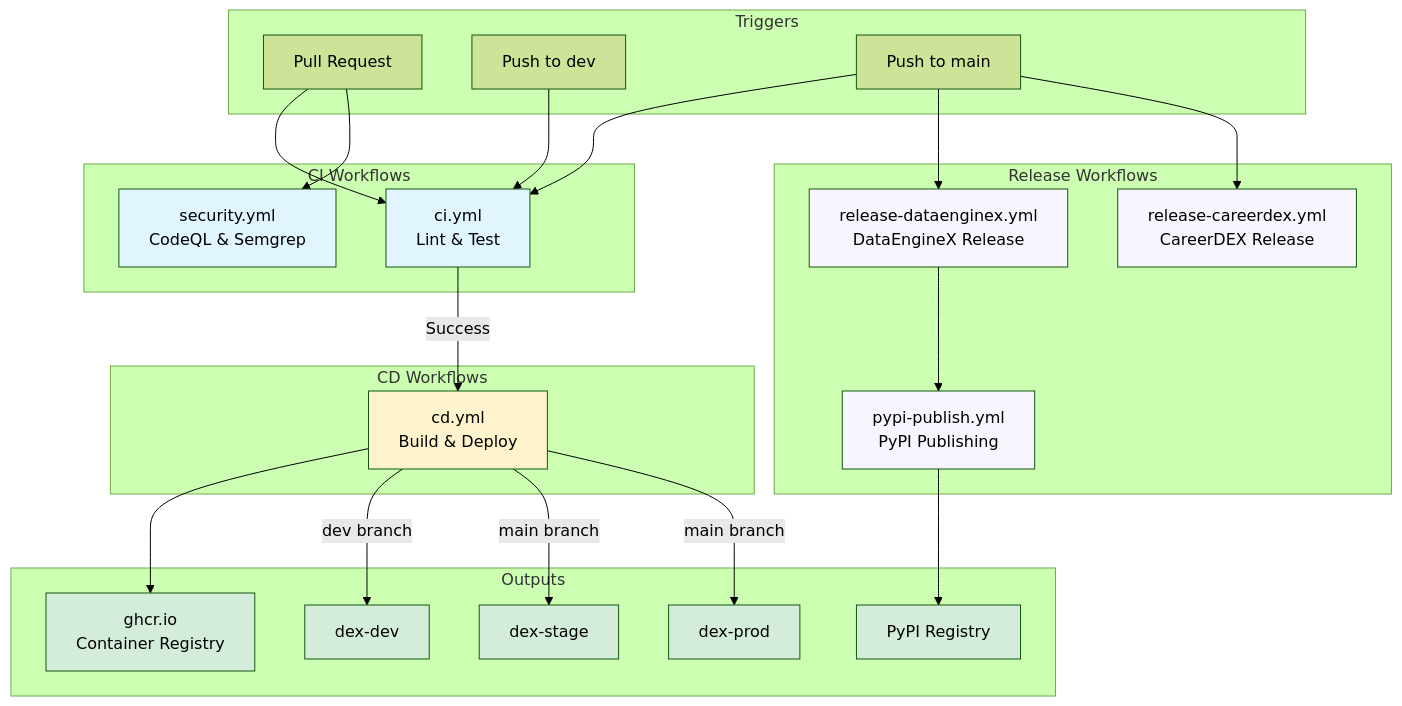
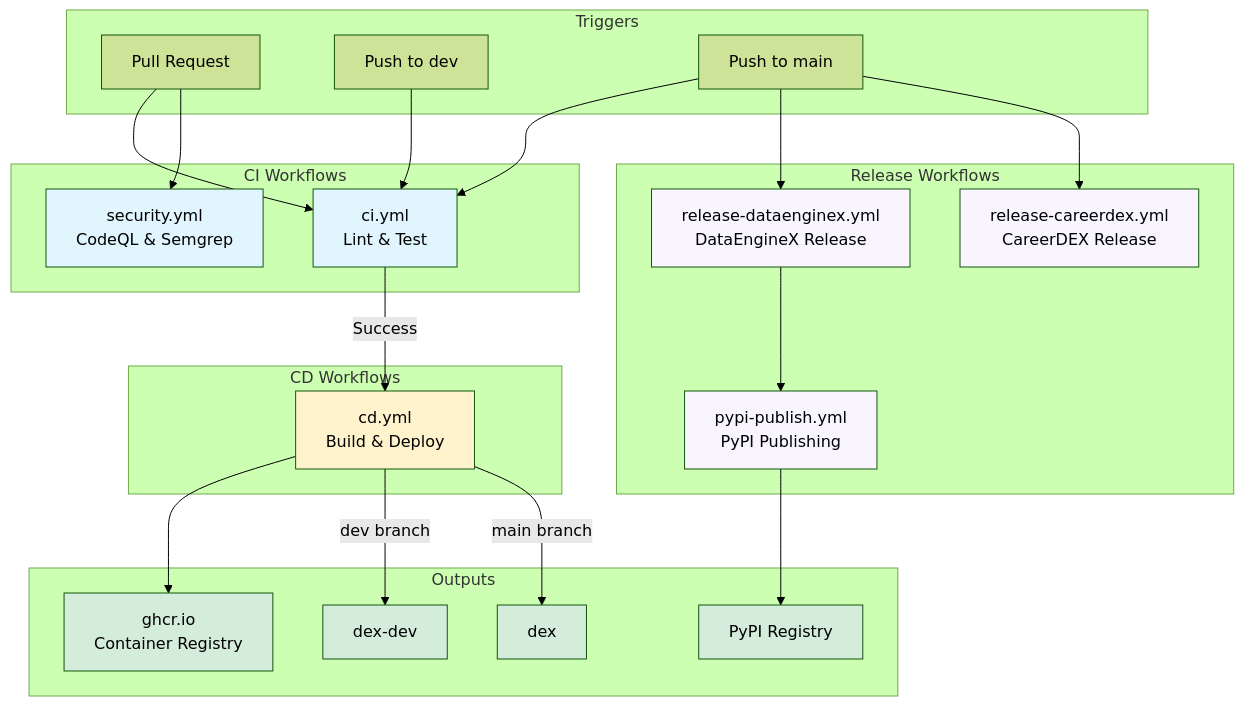
Before and after one commit to data-literate/DEX: the first of 3 diagrams in .github/workflows/WORKFLOWS_GUIDE.md, drawn with Mermaid (forest theme). The commit also changed other lines of this file and 21 other files, not shown here.

First line of the commit message:
refactor: simplify to 2-env branch-based deployment (dev/prod)

````diff
--- a/.github/workflows/WORKFLOWS_GUIDE.md
+++ b/.github/workflows/WORKFLOWS_GUIDE.md
@@ -9,61 +9,58 @@
 ```mermaid
 graph TB
     subgraph "Triggers"
         PR[Pull Request]
         PushDev[Push to dev]
         PushMain[Push to main]
     end
 
     subgraph "CI Workflows"
         CI[ci.yml<br/>Lint & Test]
         Security[security.yml<br/>CodeQL & Semgrep]
     end
 
     subgraph "CD Workflows"
         CD[cd.yml<br/>Build & Deploy]
     end
 
     subgraph "Release Workflows"
         RelDEX[release-dataenginex.yml<br/>DataEngineX Release]
         RelCDEX[release-careerdex.yml<br/>CareerDEX Release]
         PyPI[pypi-publish.yml<br/>PyPI Publishing]
     end
 
     subgraph "Outputs"
         GHCR[ghcr.io<br/>Container Registry]
         DevK8s[dex-dev]
-        StageK8s[dex-stage]
-        ProdK8s[dex-prod]
+        ProdK8s[dex]
         PyPIReg[PyPI Registry]
     end
 
     PR --> CI
     PR --> Security
     PushDev --> CI
     PushMain --> CI
 
     CI -->|Success| CD
 
     PushMain --> RelDEX
     PushMain --> RelCDEX
     RelDEX --> PyPI
 
     CD --> GHCR
     CD -->|dev branch| DevK8s
-    CD -->|main branch| StageK8s
     CD -->|main branch| ProdK8s
 
     PyPI --> PyPIReg
 
     style CI fill:#e1f5ff
     style Security fill:#e1f5ff
     style CD fill:#fff3cd
     style RelDEX fill:#f8f5ff
     style RelCDEX fill:#f8f5ff
     style PyPI fill:#f8f5ff
     style GHCR fill:#d4edda
     style DevK8s fill:#d4edda
-    style StageK8s fill:#d4edda
     style ProdK8s fill:#d4edda
     style PyPIReg fill:#d4edda
 ```
````
